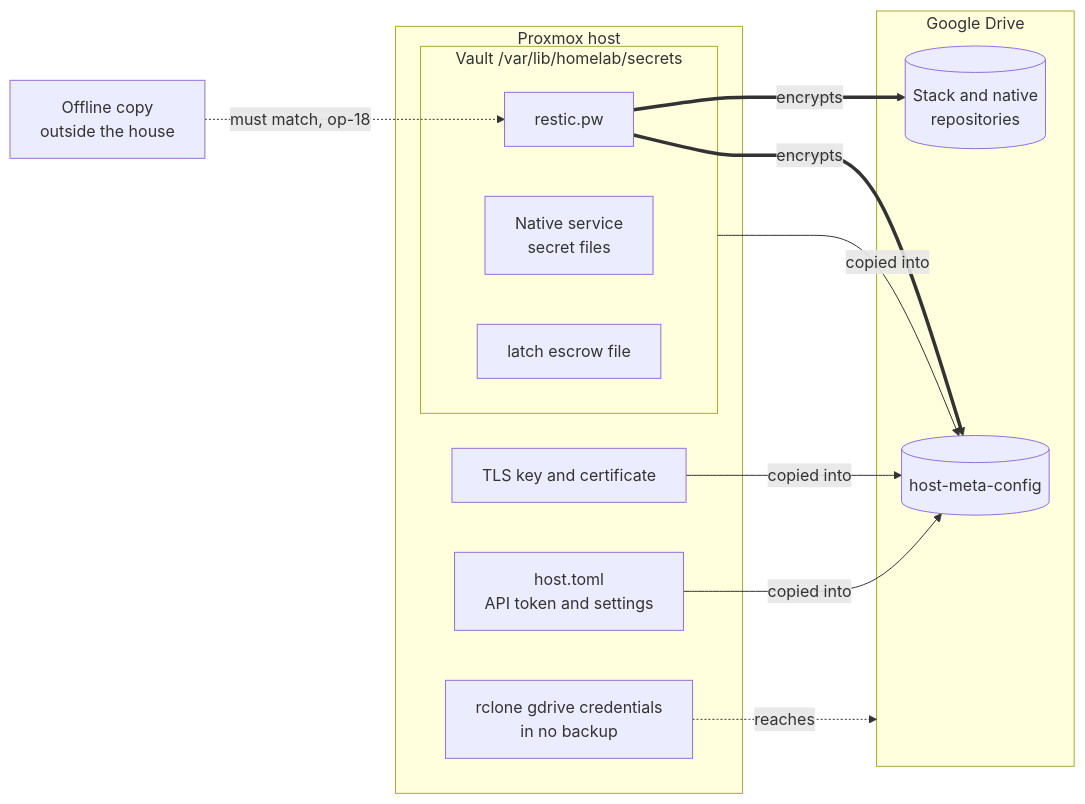
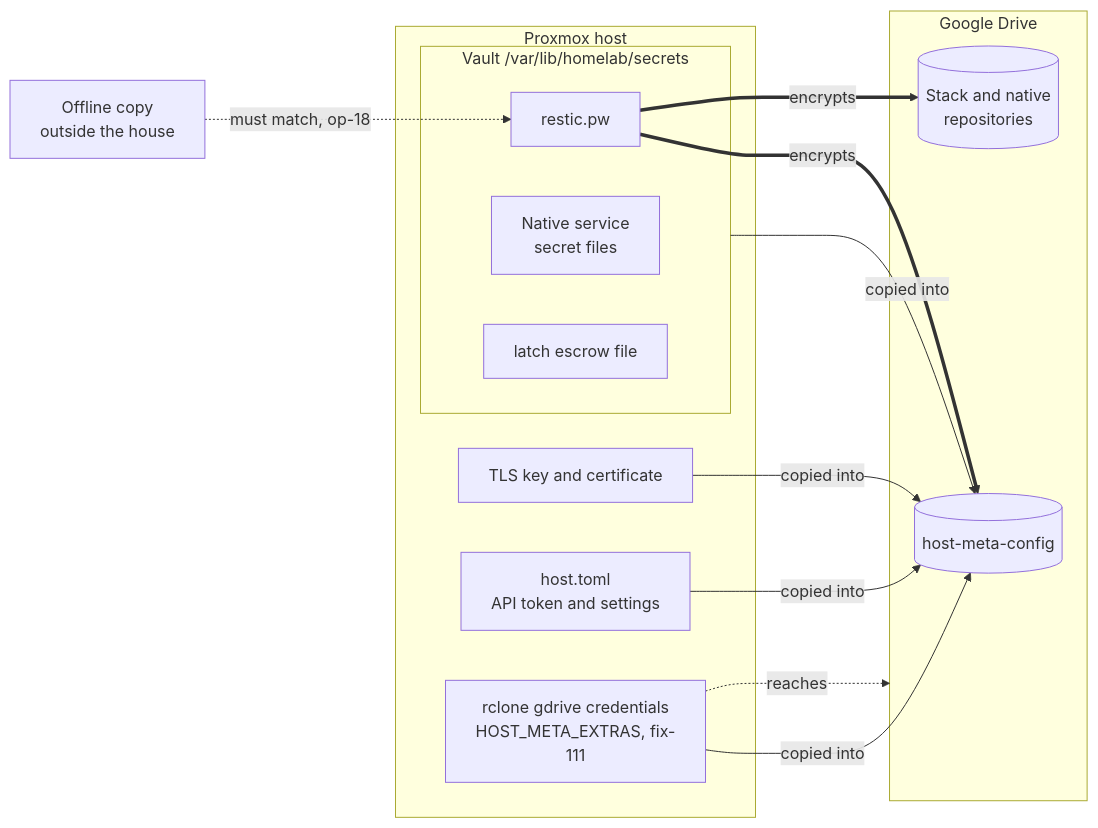
The sixth of 6 diagrams in docs/OPERATIONS_RUNBOOK.md (kennypassenier/homelab), drawn with Mermaid before and after one commit. The commit also changed other lines of this file and 1 other file, not shown here.

````diff
--- a/docs/OPERATIONS_RUNBOOK.md
+++ b/docs/OPERATIONS_RUNBOOK.md
@@ -1164,24 +1170,25 @@
 ```mermaid
 flowchart LR
     offline["Offline copy<br/>outside the house"] -. "must match, op-18" .-> pw
     subgraph pve["Proxmox host"]
         subgraph vault["Vault /var/lib/homelab/secrets"]
             pw["restic.pw"]
             nsec["Native service<br/>secret files"]
             escrow["latch escrow file"]
         end
         tls["TLS key and certificate"]
         toml["host.toml<br/>API token and settings"]
-        rclone["rclone gdrive credentials<br/>in no backup"]
+        rclone["rclone gdrive credentials<br/>HOST_META_EXTRAS, fix-111"]
     end
     subgraph gd["Google Drive"]
         hm[("host-meta-config")]
         repos[("Stack and native<br/>repositories")]
     end
     vault -- copied into --> hm
     tls -- copied into --> hm
     toml -- copied into --> hm
+    rclone -- copied into --> hm
     pw == encrypts ==> hm
     pw == encrypts ==> repos
     rclone -. reaches .-> gd
 ```
````
